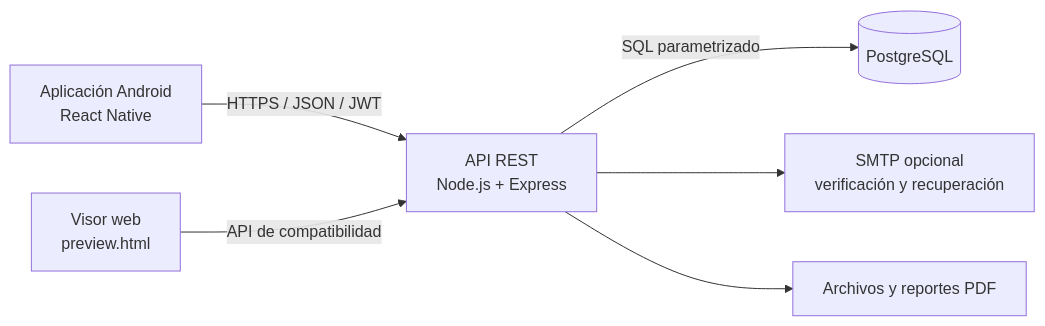
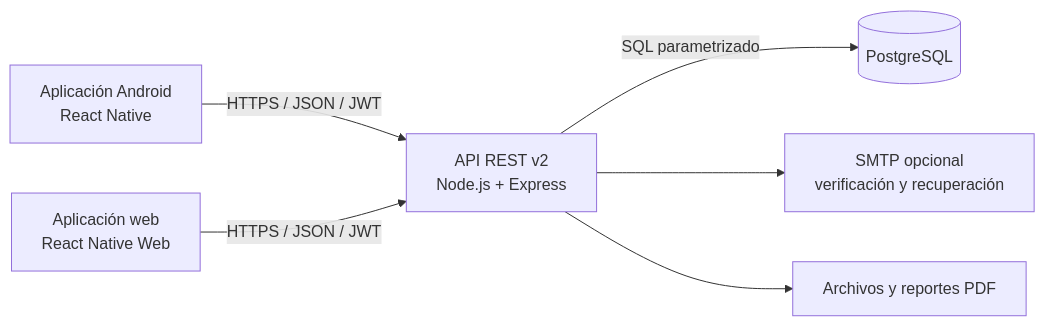
The first of 2 diagrams in docs/MANUAL_TECNICO.md (AndreMendieta/EmpresaMaquinaria), drawn with Mermaid before and after one commit. The commit also changed other lines of this file and 25 other files, not shown here.

Commit message:
feat: compartir aplicación móvil en web y retirar visor antiguo

````diff
--- a/docs/MANUAL_TECNICO.md
+++ b/docs/MANUAL_TECNICO.md
@@ -12,8 +12,8 @@
 ```mermaid
 flowchart LR
-    M[Aplicación Android<br/>React Native] -->|HTTPS / JSON / JWT| API[API REST<br/>Node.js + Express]
-    W[Visor web<br/>preview.html] -->|API de compatibilidad| API
+    M[Aplicación Android<br/>React Native] -->|HTTPS / JSON / JWT| API[API REST v2<br/>Node.js + Express]
+    W[Aplicación web<br/>React Native Web] -->|HTTPS / JSON / JWT| API
     API -->|SQL parametrizado| DB[(PostgreSQL)]
     API --> MAIL[SMTP opcional<br/>verificación y recuperación]
     API --> FILES[Archivos y reportes PDF]
 ```
````
